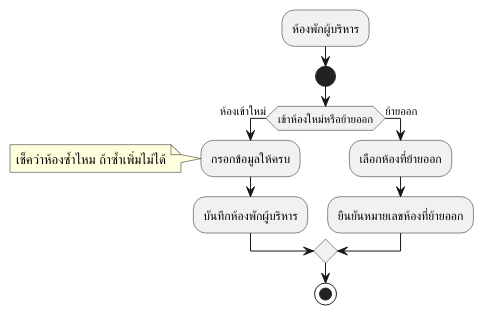
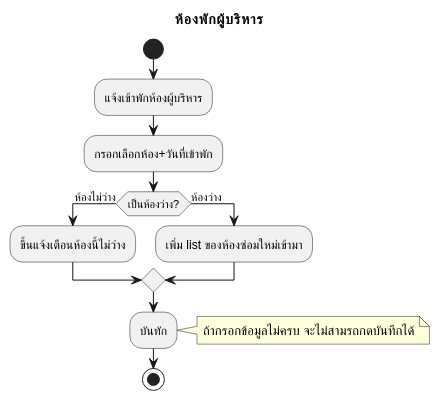
One commit to cheat13/Prompiman_Diagram changed the diagram in activity-diagram/room/executive.md. Above: the diagram before and after it, drawn with PlantUML. The commit also changed 20 other files, not shown here.

```diff
--- a/activity-diagram/room/executive.md
+++ b/activity-diagram/room/executive.md
@@ -1,15 +1,16 @@
 @startuml
-:ห้องพักผู้บริหาร;
+title ห้องพักผู้บริหาร
 start
-if(เข้าห้องใหม่หรือย้ายออก) then (ห้องเข้าใหม่)
-:กรอกข้อมูลให้ครบ;
-note left
-เช็คว่าห้องซ้ำไหม ถ้าซ้ำเพิ่มไม่ได้
+:แจ้งเข้าพักห้องผู้บริหาร;
+:กรอกเลือกห้อง+วันที่เข้าพัก;
+if (เป็นห้องว่าง?) then (ห้องไม่ว่าง)
+:ขึ้นแจ้งเตือนห้องนี้ไม่ว่าง;
+else(ห้องว่าง)
+:เพิ่ม list ของห้องซ่อมใหม่เข้ามา;
+endif
+:บันทัก;
+note right
+ถ้ากรอกข้อมูลไม่ครบ จะไม่สามรถกดบันทึกได้
 end note
-:บันทึกห้องพักผู้บริหาร;
-else(ย้ายออก)
-:เลือกห้องที่ย้ายออก;
-:ยืนยันหมายเลขห้องที่ย้ายออก;
-endif
 stop
 @enduml
```
